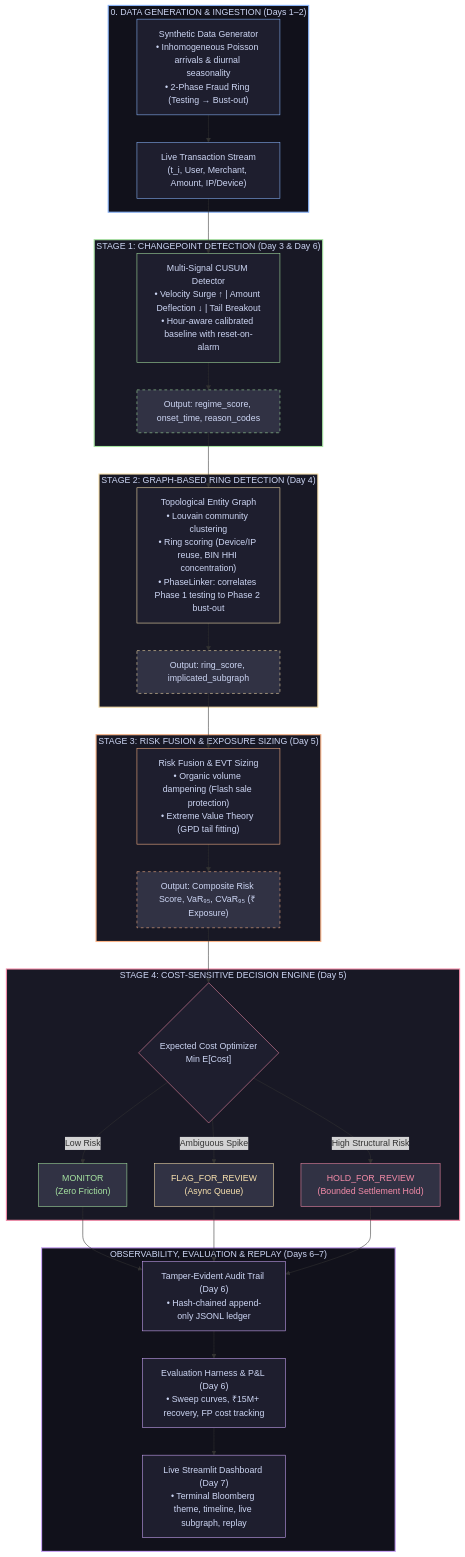
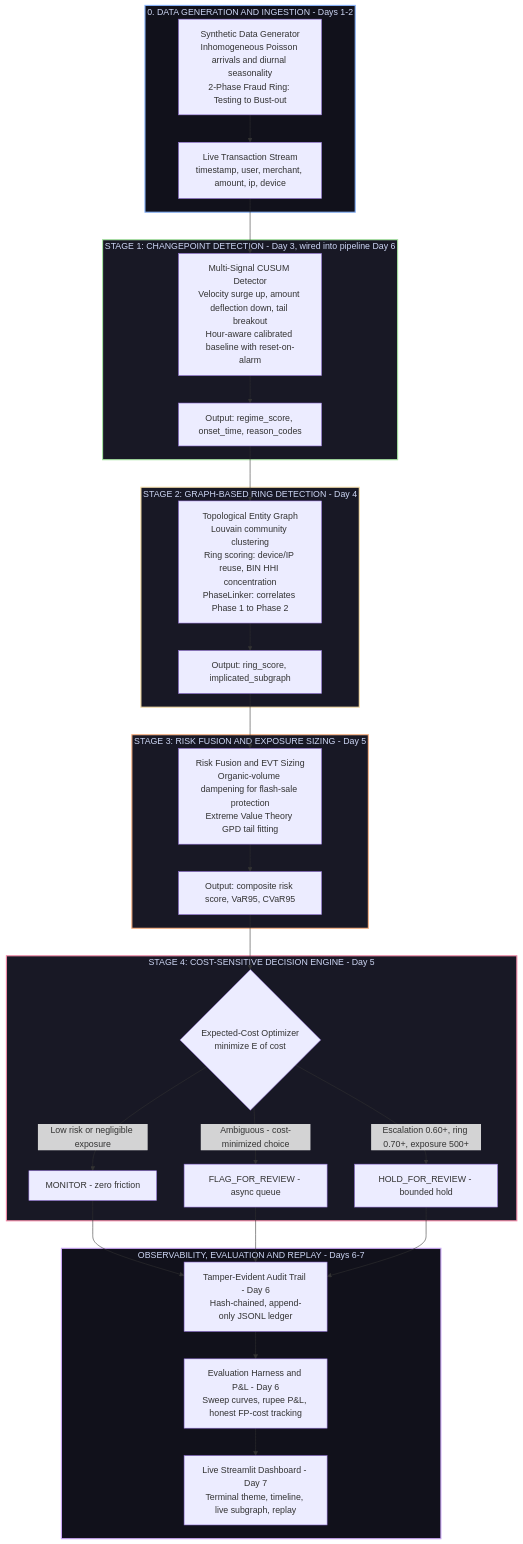
The first of 2 diagrams in README.md (dkconnect/razorpay-buildathon), drawn with Mermaid before and after one commit. The commit also changed other lines of this file and 2 other files, not shown here.

````diff
--- a/README.md
+++ b/README.md
@@ -134,60 +192,45 @@
 ```mermaid
 flowchart TD
-    subgraph S0[" 0. DATA GENERATION & INGESTION (Days 1–2) "]
-        GEN["Synthetic Data Generator<br>• Inhomogeneous Poisson arrivals & diurnal seasonality<br>• 2-Phase Fraud Ring (Testing → Bust-out)"]
-        STREAM["Live Transaction Stream<br>(t_i, User, Merchant, Amount, IP/Device)"]
+    subgraph S0[" 0. DATA GENERATION AND INGESTION - Days 1-2 "]
+        GEN["Synthetic Data Generator<br>Inhomogeneous Poisson arrivals and diurnal seasonality<br>2-Phase Fraud Ring: Testing to Bust-out"]
+        STREAM["Live Transaction Stream<br>timestamp, user, merchant, amount, ip, device"]
         GEN --> STREAM
     end
 
-    subgraph S1[" STAGE 1: CHANGEPOINT DETECTION (Day 3 & Day 6) "]
-        STREAM --> CUSUM["Multi-Signal CUSUM Detector<br>• Velocity Surge ↑ | Amount Deflection ↓ | Tail Breakout<br>• Hour-aware calibrated baseline with reset-on-alarm"]
+    subgraph S1[" STAGE 1: CHANGEPOINT DETECTION - Day 3, wired into pipeline Day 6 "]
+        STREAM --> CUSUM["Multi-Signal CUSUM Detector<br>Velocity surge up, amount deflection down, tail breakout<br>Hour-aware calibrated baseline with reset-on-alarm"]
         CUSUM --> S1_OUT["Output: regime_score, onset_time, reason_codes"]
     end
 
-    subgraph S2[" STAGE 2: GRAPH-BASED RING DETECTION (Day 4) "]
-        S1_OUT --> GRAPH["Topological Entity Graph<br>• Louvain community clustering<br>• Ring scoring (Device/IP reuse, BIN HHI concentration)<br>• PhaseLinker: correlates Phase 1 testing to Phase 2 bust-out"]
+    subgraph S2[" STAGE 2: GRAPH-BASED RING DETECTION - Day 4 "]
+        S1_OUT --> GRAPH["Topological Entity Graph<br>Louvain community clustering<br>Ring scoring: device/IP reuse, BIN HHI concentration<br>PhaseLinker: correlates Phase 1 to Phase 2"]
         GRAPH --> S2_OUT["Output: ring_score, implicated_subgraph"]
     end
 
-    subgraph S3[" STAGE 3: RISK FUSION & EXPOSURE SIZING (Day 5) "]
-        S2_OUT --> FUSION["Risk Fusion & EVT Sizing<br>• Organic volume dampening (Flash sale protection)<br>• Extreme Value Theory (GPD tail fitting)"]
-        FUSION --> S3_OUT["Output: Composite Risk Score, VaR₉₅, CVaR₉₅ (₹ Exposure)"]
+    subgraph S3[" STAGE 3: RISK FUSION AND EXPOSURE SIZING - Day 5 "]
+        S2_OUT --> FUSION["Risk Fusion and EVT Sizing<br>Organic-volume dampening for flash-sale protection<br>Extreme Value Theory GPD tail fitting"]
+        FUSION --> S3_OUT["Output: composite risk score, VaR95, CVaR95"]
     end
 
-    subgraph S4[" STAGE 4: COST-SENSITIVE DECISION ENGINE (Day 5) "]
-        S3_OUT --> DECISION{"Expected Cost Optimizer<br>Min E[Cost]"}
-        DECISION -->|Low Risk| D1["MONITOR<br>(Zero Friction)"]
-        DECISION -->|Ambiguous Spike| D2["FLAG_FOR_REVIEW<br>(Async Queue)"]
-        DECISION -->|High Structural Risk| D3["HOLD_FOR_REVIEW<br>(Bounded Settlement Hold)"]
+    subgraph S4[" STAGE 4: COST-SENSITIVE DECISION ENGINE - Day 5 "]
+        S3_OUT --> DECISION{"Expected-Cost Optimizer<br>minimize E of cost"}
+        DECISION -->|Low risk or negligible exposure| D1["MONITOR - zero friction"]
+        DECISION -->|Ambiguous - cost-minimized choice| D2["FLAG_FOR_REVIEW - async queue"]
+        DECISION -->|Escalation 0.60+, ring 0.70+, exposure 500+| D3["HOLD_FOR_REVIEW - bounded hold"]
     end
 
-    subgraph S5[" OBSERVABILITY, EVALUATION & REPLAY (Days 6–7) "]
-        D1 & D2 & D3 --> AUDIT["Tamper-Evident Audit Trail (Day 6)<br>• Hash-chained append-only JSONL ledger"]
-        AUDIT --> EVAL["Evaluation Harness & P&L (Day 6)<br>• Sweep curves, ₹15M+ recovery, FP cost tracking"]
-        EVAL --> DASH["Live Streamlit Dashboard (Day 7)<br>• Terminal Bloomberg theme, timeline, live subgraph, replay"]
+    subgraph S5[" OBSERVABILITY, EVALUATION AND REPLAY - Days 6-7 "]
+        D1 --> AUDIT["Tamper-Evident Audit Trail - Day 6<br>Hash-chained, append-only JSONL ledger"]
+        D2 --> AUDIT
+        D3 --> AUDIT
+        AUDIT --> EVAL["Evaluation Harness and P&L - Day 6<br>Sweep curves, rupee P&L, honest FP-cost tracking"]
+        EVAL --> DASH["Live Streamlit Dashboard - Day 7<br>Terminal theme, timeline, live subgraph, replay"]
     end
 
-    %% Node Styling
     style S0 fill:#11111b,stroke:#89b4fa,stroke-width:2px,color:#cdd6f4
     style S1 fill:#181825,stroke:#a6e3a1,stroke-width:2px,color:#cdd6f4
     style S2 fill:#181825,stroke:#f9e2af,stroke-width:2px,color:#cdd6f4
     style S3 fill:#181825,stroke:#fab387,stroke-width:2px,color:#cdd6f4
     style S4 fill:#181825,stroke:#f38ba8,stroke-width:2px,color:#cdd6f4
     style S5 fill:#11111b,stroke:#cba6f7,stroke-width:2px,color:#cdd6f4
-
-    style GEN fill:#1e1e2e,stroke:#89b4fa,color:#cdd6f4
-    style STREAM fill:#1e1e2e,stroke:#89b4fa,color:#cdd6f4
-    style CUSUM fill:#1e1e2e,stroke:#a6e3a1,color:#cdd6f4
-    style S1_OUT fill:#313244,stroke:#a6e3a1,stroke-dasharray: 5 5,color:#cdd6f4
-    style GRAPH fill:#1e1e2e,stroke:#f9e2af,color:#cdd6f4
-    style S2_OUT fill:#313244,stroke:#f9e2af,stroke-dasharray: 5 5,color:#cdd6f4
-    style FUSION fill:#1e1e2e,stroke:#fab387,color:#cdd6f4
-    style S3_OUT fill:#313244,stroke:#fab387,stroke-dasharray: 5 5,color:#cdd6f4
-    style DECISION fill:#1e1e2e,stroke:#f38ba8,color:#cdd6f4
-    style D1 fill:#313244,stroke:#a6e3a1,color:#a6e3a1
-    style D2 fill:#313244,stroke:#f9e2af,color:#f9e2af
-    style D3 fill:#313244,stroke:#f38ba8,color:#f38ba8
-    style AUDIT fill:#1e1e2e,stroke:#cba6f7,color:#cdd6f4
-    style EVAL fill:#1e1e2e,stroke:#cba6f7,color:#cdd6f4
-    style DASH fill:#1e1e2e,stroke:#cba6f7,color:#cdd6f4
 ```
````
